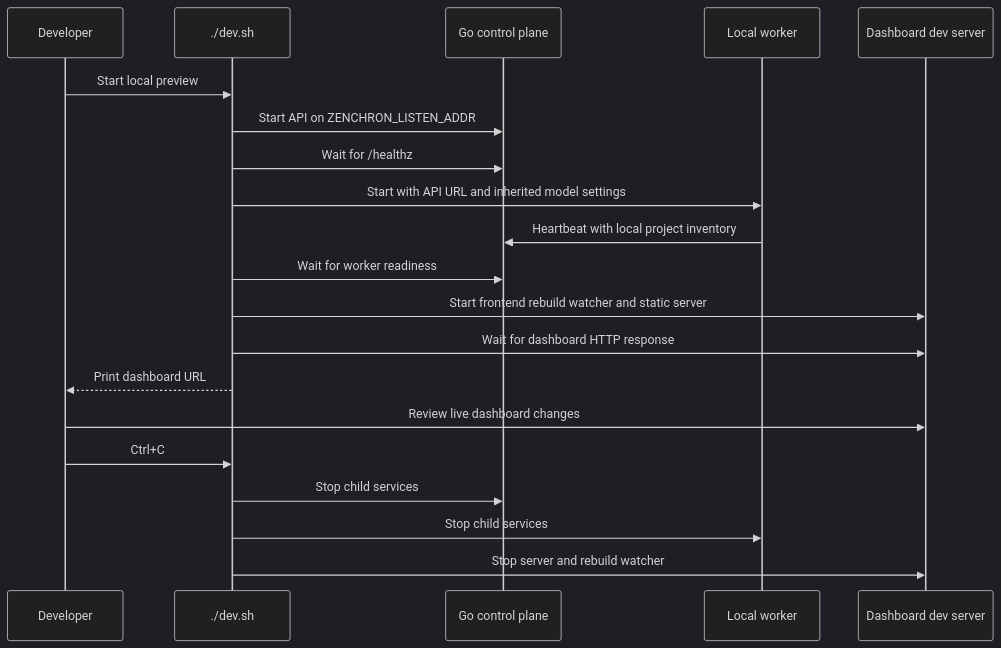
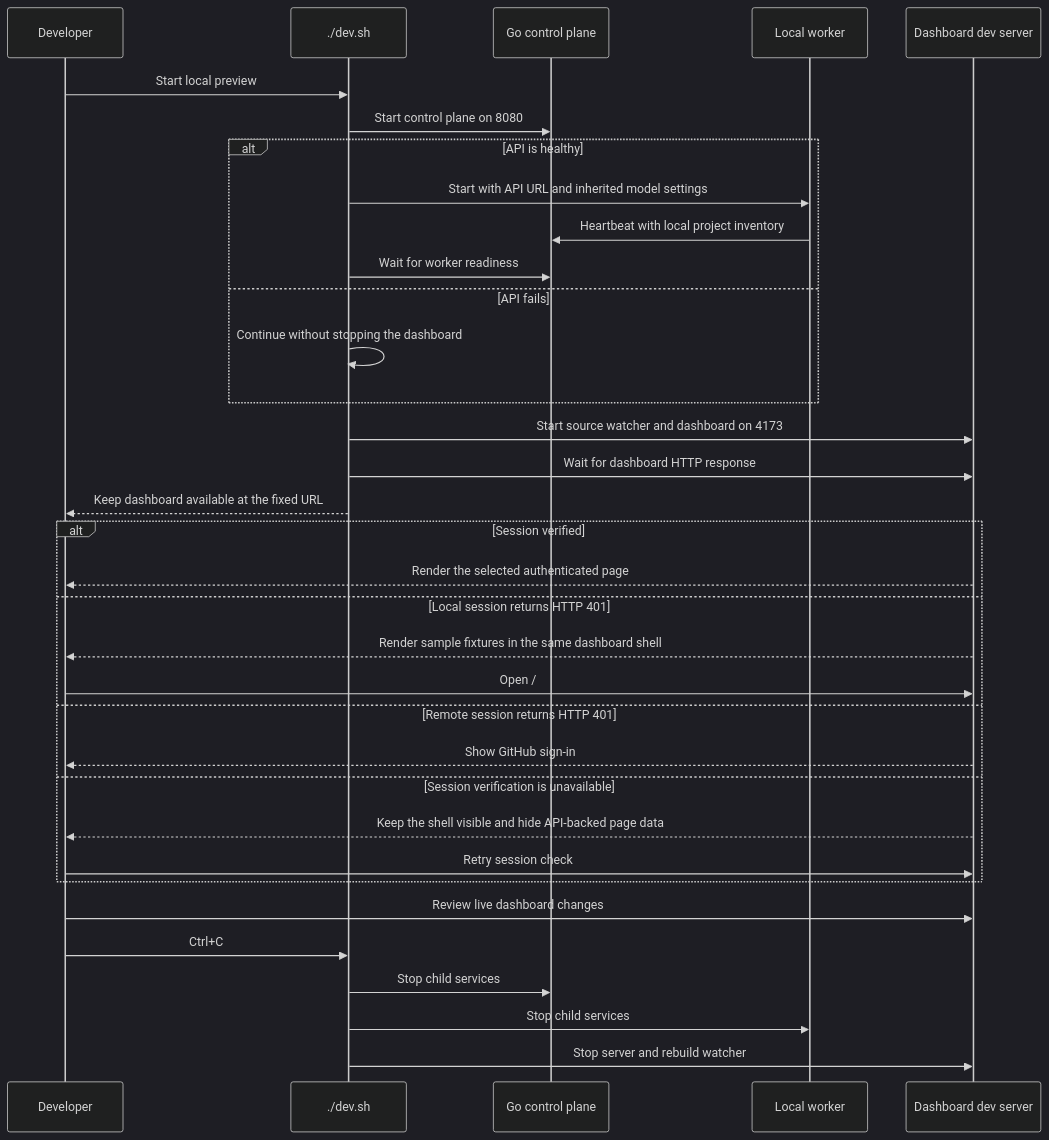
The diagram in docs/features/local-preview.md (bogdaniel/zenchron-engineering-os), drawn with Mermaid (dark theme) before and after one commit. The commit also changed other lines of this file and 103 other files, not shown here.

First line of the commit message:
Build and refine the Zenchron control-plane dashboard (#4)

````diff
--- a/docs/features/local-preview.md
+++ b/docs/features/local-preview.md
@@ -7,22 +8,36 @@
 ```mermaid
 sequenceDiagram
     participant Dev as Developer
     participant Start as ./dev.sh
     participant API as Go control plane
     participant Worker as Local worker
     participant UI as Dashboard dev server
     Dev->>Start: Start local preview
-    Start->>API: Start API on ZENCHRON_LISTEN_ADDR
-    Start->>API: Wait for /healthz
-    Start->>Worker: Start with API URL and inherited model settings
-    Worker->>API: Heartbeat with local project inventory
-    Start->>API: Wait for worker readiness
-    Start->>UI: Start frontend rebuild watcher and static server
+    Start->>API: Start control plane on 8080
+    alt API is healthy
+        Start->>Worker: Start with API URL and inherited model settings
+        Worker->>API: Heartbeat with local project inventory
+        Start->>API: Wait for worker readiness
+    else API fails
+        Start->>Start: Continue without stopping the dashboard
+    end
+    Start->>UI: Start source watcher and dashboard on 4173
     Start->>UI: Wait for dashboard HTTP response
-    Start-->>Dev: Print dashboard URL
+    Start-->>Dev: Keep dashboard available at the fixed URL
+    alt Session verified
+        UI-->>Dev: Render the selected authenticated page
+    else Local session returns HTTP 401
+        UI-->>Dev: Render sample fixtures in the same dashboard shell
+        Dev->>UI: Open /#login when sign-in is needed
+    else Remote session returns HTTP 401
+        UI-->>Dev: Show GitHub sign-in
+    else Session verification is unavailable
+        UI-->>Dev: Keep the shell visible and hide API-backed page data
+        Dev->>UI: Retry session check
+    end
     Dev->>UI: Review live dashboard changes
     Dev->>Start: Ctrl+C
     Start->>API: Stop child services
     Start->>Worker: Stop child services
     Start->>UI: Stop server and rebuild watcher
 ```
````
